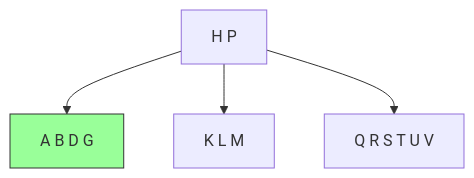
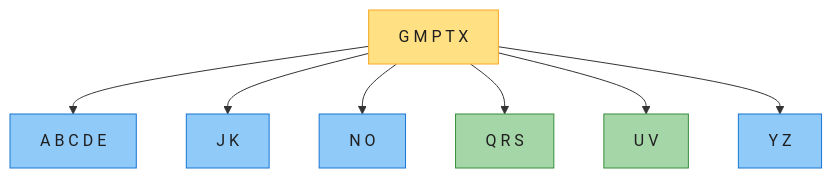
The fifth of 12 diagrams in IntroductionToAlgorithms/Chapter18_B树_深度版.md (socoo123/book_reading), drawn with Mermaid before and after one commit. The commit also changed other lines of this file and 30 other files, not shown here.

````diff
--- a/IntroductionToAlgorithms/Chapter18_B树_深度版.md
+++ b/IntroductionToAlgorithms/Chapter18_B树_深度版.md
@@ -418,9 +260,16 @@
 ```mermaid
 graph TD
-    Root["H P"]
-    Root --> L["A B D G"]
-    Root --> M["K L M"]
-    Root --> R["Q R S T U V"]
+    R["G M P T X"] --> A["A B C D E"]
+    R --> B["J K"]
+    R --> C["N O"]
+    R --> D["Q R S"]
+    R --> E["U V"]
+    R --> F["Y Z"]
 
-    style L fill:#9f9,stroke:#333
+    classDef root fill:#FFE082,stroke:#F9A825,color:#1f1f1f;
+    classDef hot fill:#A5D6A7,stroke:#388E3C,color:#1f1f1f;
+    classDef plain fill:#90CAF9,stroke:#1976D2,color:#1f1f1f;
+    class R root;
+    class D,E hot;
+    class A,B,C,F plain;
 ```
````
